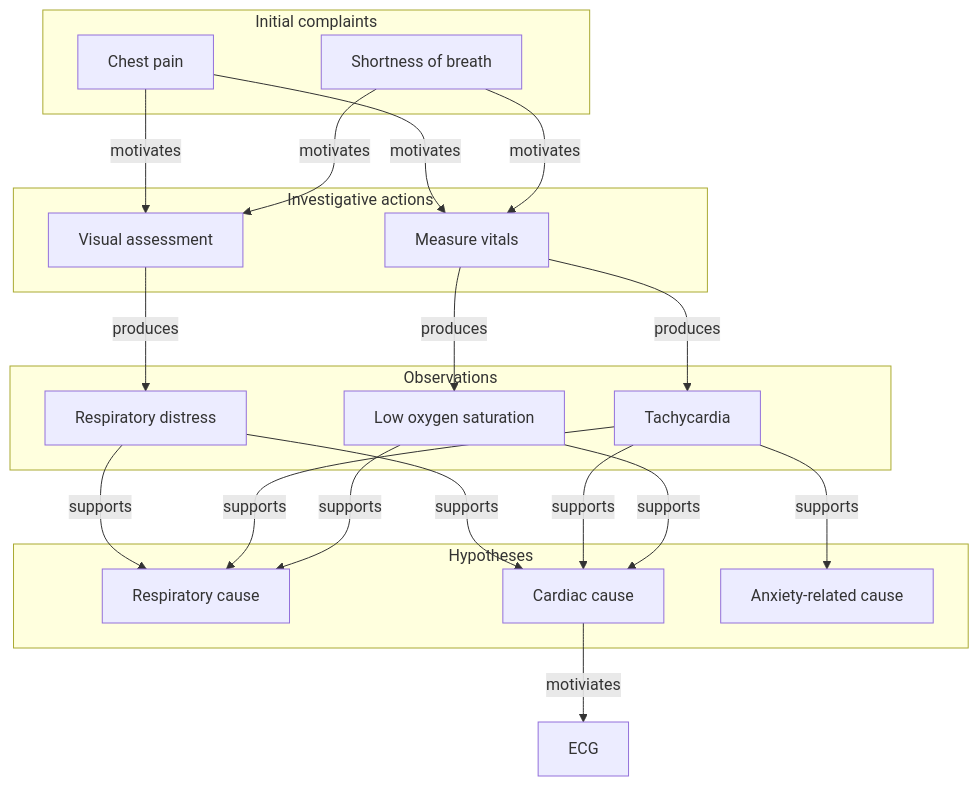
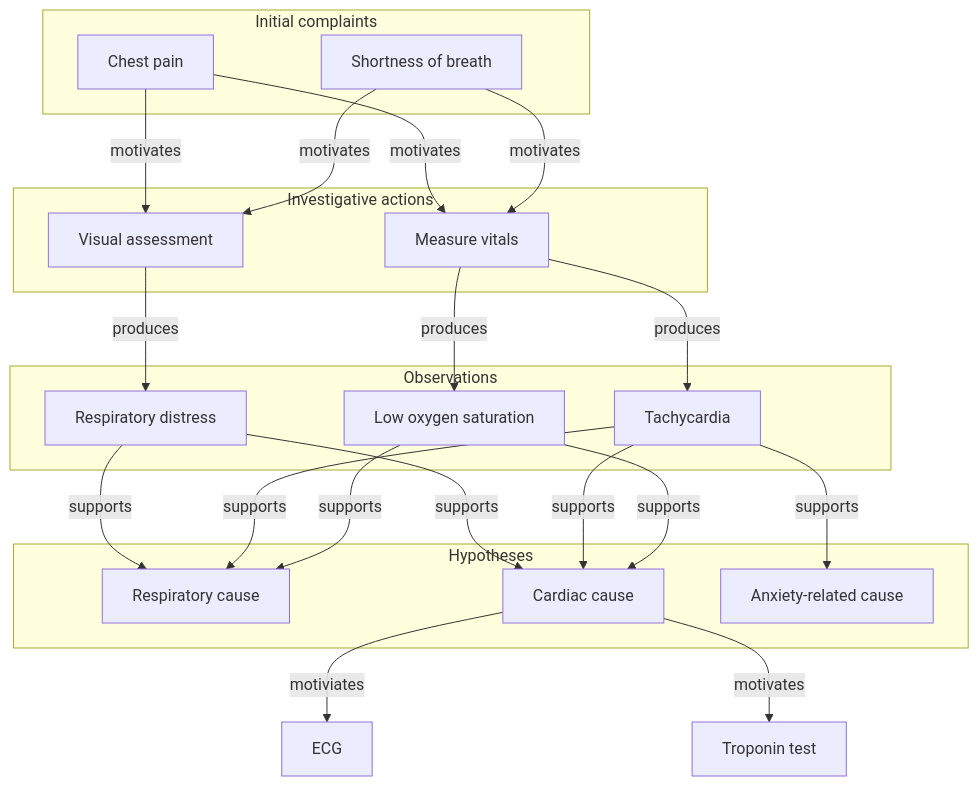
Before and after one commit to kahunacohen/why: the diagram in diagrams/medical.mmd, drawn with Mermaid.

```diff
--- a/diagrams/medical.mmd
+++ b/diagrams/medical.mmd
@@ -1,45 +1,48 @@
 flowchart TD
 
   subgraph complaints["Initial complaints"]
     C1["Chest pain"]
     C2["Shortness of breath"]
   end
 
   subgraph actions["Investigative actions"]
     A1["Visual assessment"]
     A2["Measure vitals"]
   end
 
   C1 -->|motivates| A1
   C2 -->|motivates| A1
   C1 -->|motivates| A2
   C2 -->|motivates| A2
 
   subgraph observations["Observations"]
     O1["Respiratory distress"]
     O2["Tachycardia"]
     O3["Low oxygen saturation"]
   end
 
   A1 -->|produces| O1
   A2 -->|produces| O2
   A2 -->|produces| O3
 
   subgraph hypotheses["Hypotheses"]
     H1["Respiratory cause"]
     H2["Cardiac cause"]
     H3["Anxiety-related cause"]
   end
 
   O1 -->|supports| H1
   O1 -->|supports| H2
 
   O2 -->|supports| H1
   O2 -->|supports| H2
   O2 -->|supports| H3
 
   O3 -->|supports| H1
   O3 -->|supports| H2
 
   A3["ECG"]
+  A4["Troponin test"]
+
   H2 -->|motiviates| A3
+  H2 -->|motivates| A4
```
